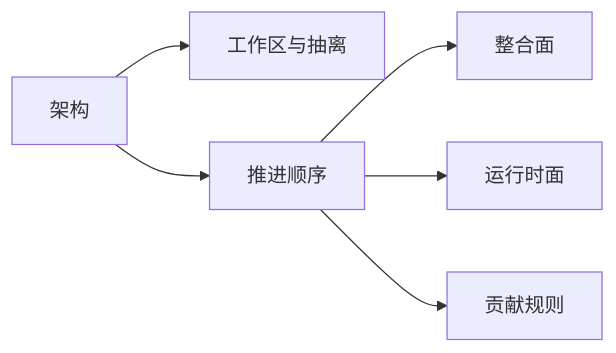
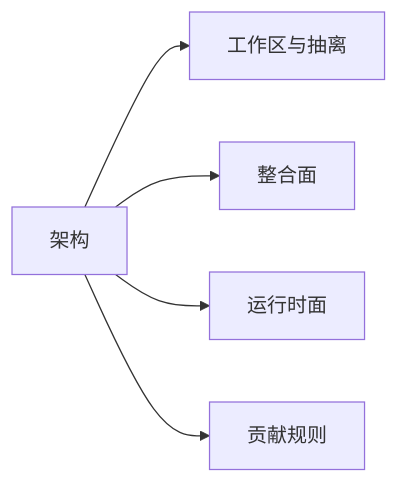
One commit to PickAID/LostCivilization changed the diagram in docs/src/zh-CN/Developing/Catalogue.md. Above: the diagram before and after it, drawn with Mermaid. The commit also changed other lines of this file and 98 other files, not shown here.

````diff
--- a/docs/src/zh-CN/Developing/Catalogue.md
+++ b/docs/src/zh-CN/Developing/Catalogue.md
@@ -11,8 +11,7 @@
 ```mermaid
 flowchart LR
     Architecture["架构"] --> Repositories["工作区与抽离"]
-    Architecture --> Workflow["推进顺序"]
-    Workflow --> Modpacking["整合面"]
-    Workflow --> Modding["运行时面"]
-    Workflow --> Contribute["贡献规则"]
+    Architecture --> Modpacking["整合面"]
+    Architecture --> Modding["运行时面"]
+    Architecture --> Contribute["贡献规则"]
 ```
````
